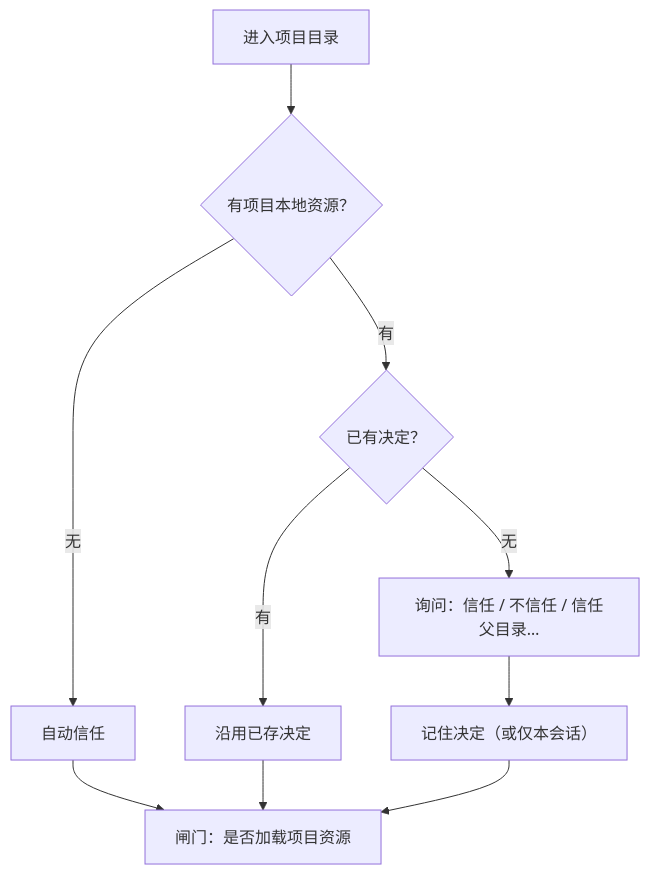
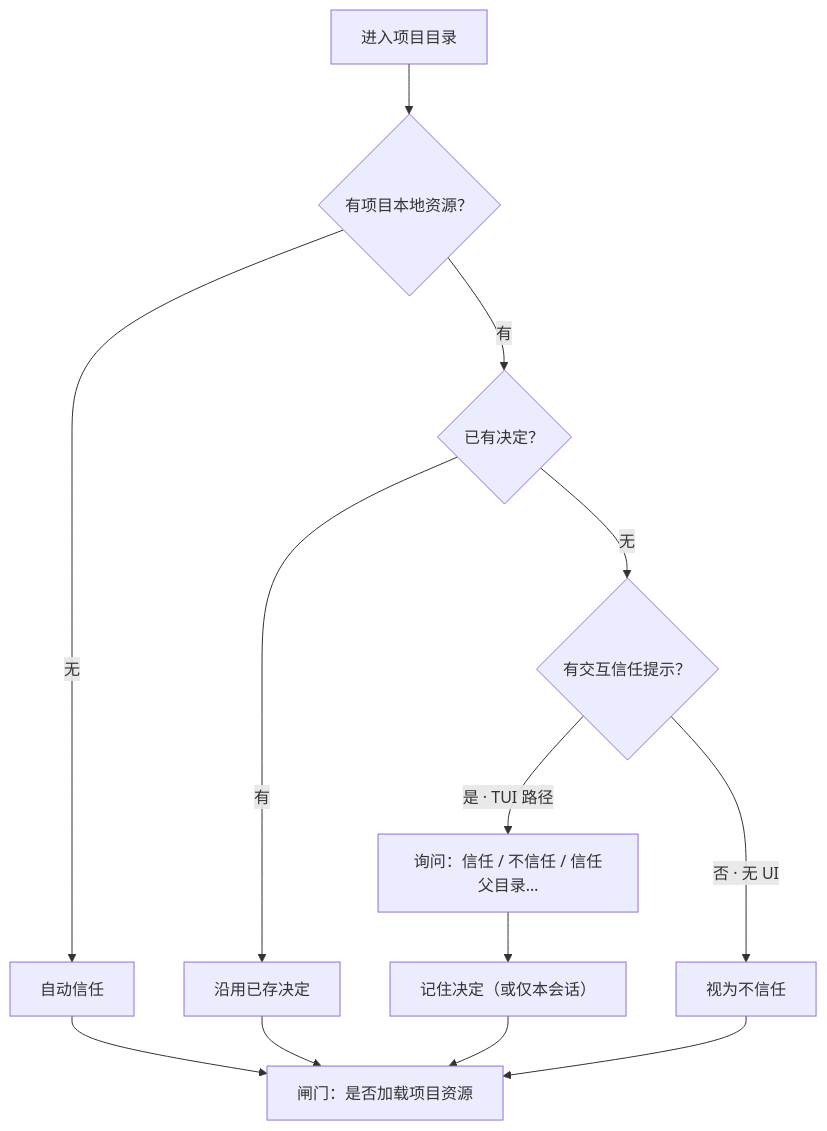
Before and after one commit to StrayDragon/xylitol: the diagram in docs/architecture/信任与项目闸.md, drawn with Mermaid. The commit also changed other lines of this file and 31 other files, not shown here.

````diff
--- a/docs/architecture/信任与项目闸.md
+++ b/docs/architecture/信任与项目闸.md
@@ -15,12 +16,15 @@
 ```mermaid
 flowchart TD
   Start["进入项目目录"] --> Inputs{"有项目本地资源？"}
   Inputs -->|无| Auto["自动信任"]
   Inputs -->|有| Known{"已有决定？"}
   Known -->|有| Use["沿用已存决定"]
-  Known -->|无| Ask["询问：信任 / 不信任 / 信任父目录…"]
+  Known -->|无| UI{"有交互信任提示？"}
+  UI -->|是 · TUI 路径| Ask["询问：信任 / 不信任 / 信任父目录…"]
+  UI -->|否 · 无 UI| Deny["视为不信任"]
   Ask --> Persist["记住决定（或仅本会话）"]
   Use --> Gate["闸门：是否加载项目资源"]
   Auto --> Gate
+  Deny --> Gate
   Persist --> Gate
 ```
````
